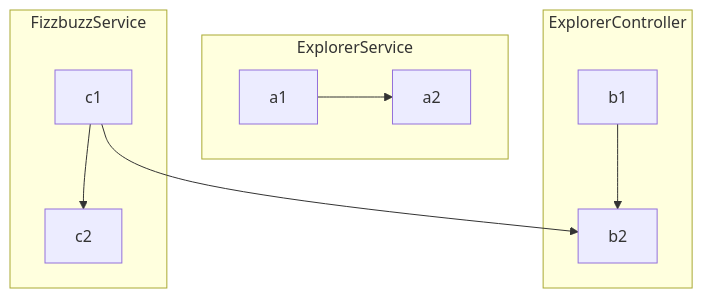
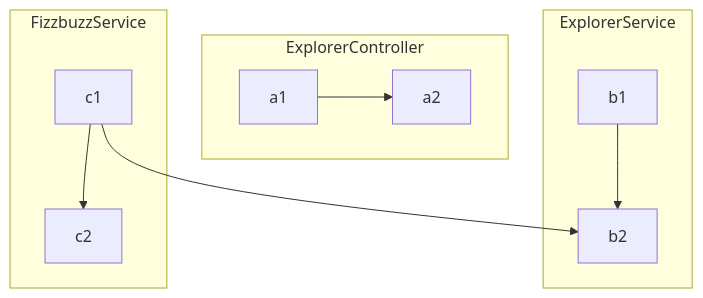
One commit to AliciaGaona/fizzbuzz changed the diagram in README.md. Above: the diagram before and after it, drawn with Mermaid. The commit also changed other lines of this file, not shown here.

````diff
--- a/README.md
+++ b/README.md
@@ -12,13 +12,13 @@
 ```mermaid
 flowchart TB
     c1-->b2
-    subgraph ExplorerService
+    subgraph ExplorerController
     a1-->a2
     end
-    subgraph ExplorerController
+    subgraph ExplorerService
     b1-->b2
     end
     subgraph FizzbuzzService
     c1-->c2
     end
 ```
````
